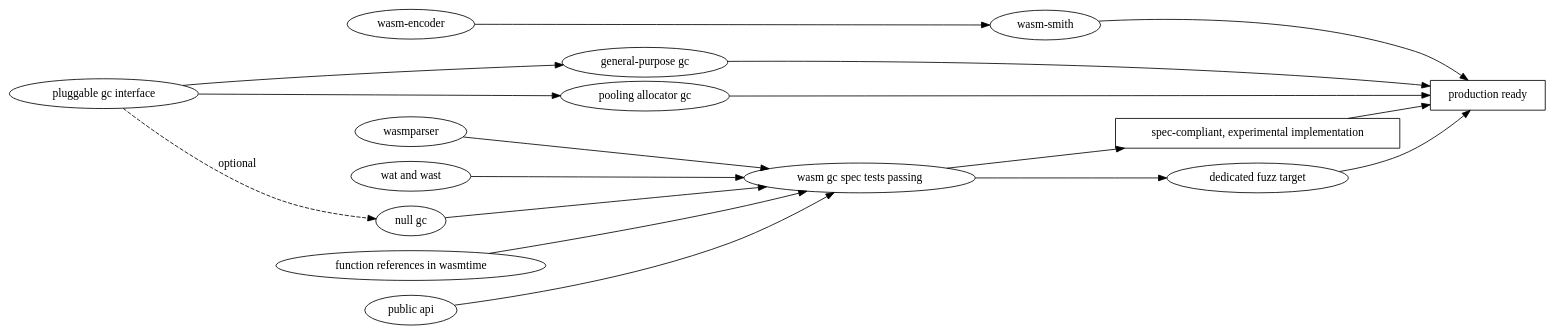
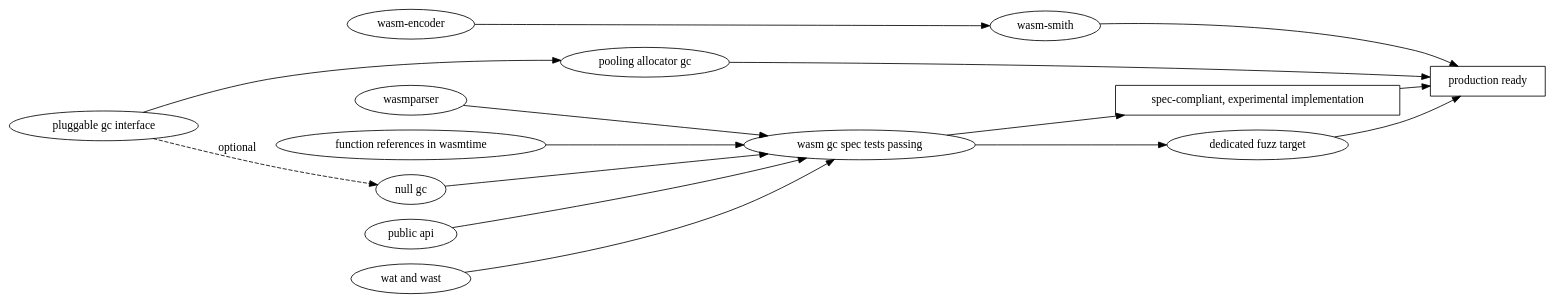
Before and after one commit to bytecodealliance/rfcs: the diagram in accepted/wasm-gc-milestones.dot, drawn with Graphviz. The commit also changed 2 other files, not shown here.

Commit message:
Remove the general-purpose GC from our initial plans
Just have the null GC and the semi-space copying collector for now.

Can evaluate and consider options (MMTK vs home-rolled, etc) later on if/when
stakeholders are actually clamoring for a general-purpose collector.

```diff
--- a/accepted/wasm-gc-milestones.dot
+++ b/accepted/wasm-gc-milestones.dot
@@ -1,77 +1,74 @@
 digraph {
     rankdir = "LR";
 
     {
         rank = same;
         wasmparser [label = "wasmparser"];
         wasm_encoder [label = "wasm-encoder"];
         wat [label = "wat and wast"];
     }
 
     {
         rank = same;
         wasm_smith [label = "wasm-smith"];
     }
     wasm_encoder -> wasm_smith;
 
     {
         rank = same;
         func_refs [label = "function references in wasmtime"];
     }
 
     {
         rank = same;
         gc_interface [label = "pluggable gc interface"];
     }
 
     {
         rank = same;
         null_gc [label = "null gc"];
     }
     gc_interface -> null_gc [style = "dashed", label = "optional"];
 
     {
         rank = same;
         public_api [label = "public api"];
     }
 
     {
         rank = same;
         spec_tests [label = "wasm gc spec tests passing"];
     }
     null_gc -> spec_tests;
     func_refs -> spec_tests;
     wasmparser -> spec_tests;
     wat -> spec_tests;
     public_api -> spec_tests;
 
     {
         rank = same;
         spec_compliant [shape = "rectangle", label = "spec-compliant, experimental implementation"];
     }
     spec_tests -> spec_compliant;
 
     {
         rank = same;
-        general_purpose_gc [label = "general-purpose gc"];
         pooling_gc [label = "pooling allocator gc"];
     }
-    gc_interface -> general_purpose_gc;
     gc_interface -> pooling_gc;
 
     {
         rank = same;
         fuzz_target [label = "dedicated fuzz target"];
     }
     spec_tests -> fuzz_target;
 
     {
         rank = same;
         prod_ready [shape = "rectangle", label = "production ready"];
     }
     spec_compliant -> prod_ready;
     fuzz_target -> prod_ready;
     wasm_smith -> prod_ready;
     pooling_gc -> prod_ready;
-    general_purpose_gc -> prod_ready;
 }
```
